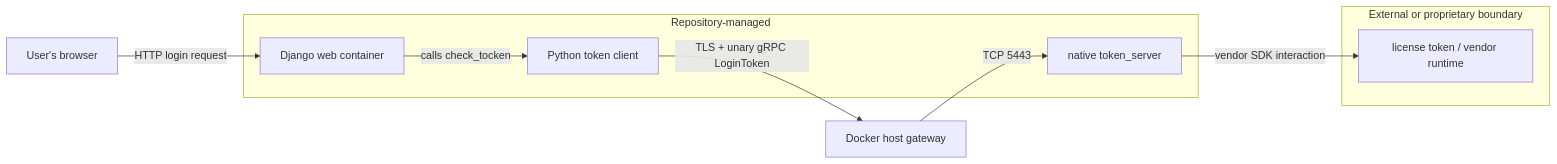
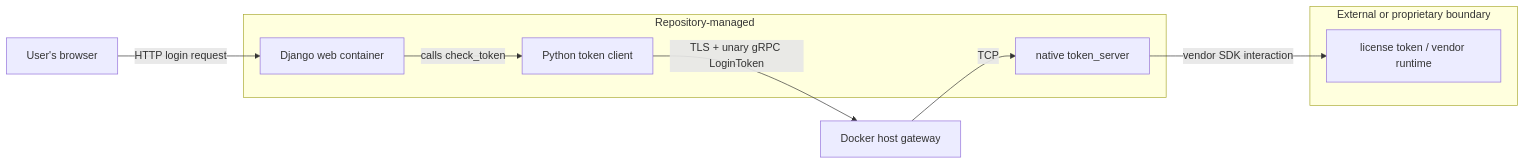
The first of 8 diagrams in _code/2026-06-27-grpc.md (adelbordbari/adelbordbari.github.io), drawn with Mermaid before and after one commit. The commit also changed other lines of this file, not shown here.

````diff
--- a/_code/2026-06-27-grpc.md
+++ b/_code/2026-06-27-grpc.md
@@ -33,18 +27,18 @@
 ```mermaid
 flowchart LR
     U[User's browser] -->|HTTP login request| W[Django web container]
-    W -->|calls check_tocken| C[Python token client]
+    W -->|calls check_token| C[Python token client]
     C -->|TLS + unary gRPC LoginToken| H[Docker host gateway]
-    H -->|TCP 5443| S[native token_server]
+    H -->|TCP| S[native token_server]
     S -->|vendor SDK interaction| T[license token / vendor runtime]
 
     subgraph Repository-managed
         W
         C
         S
     end
 
     subgraph External or proprietary boundary
         T
     end
 ```
````
